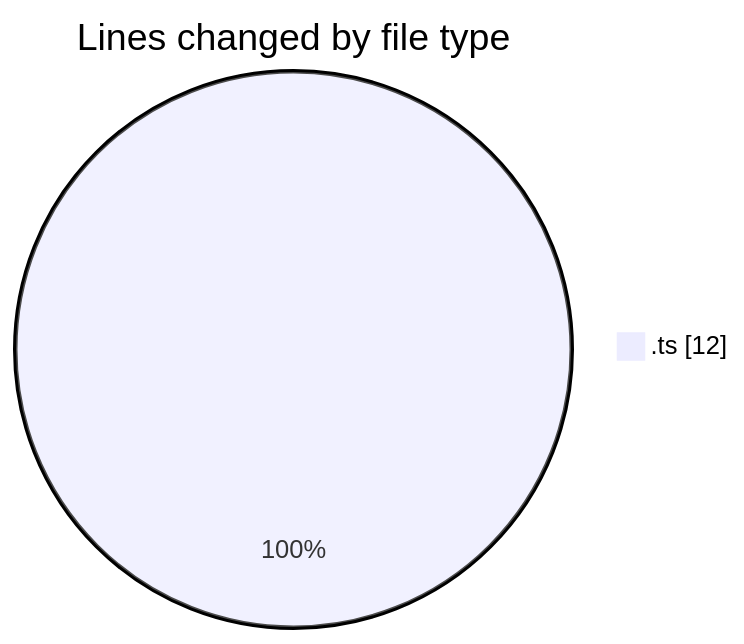
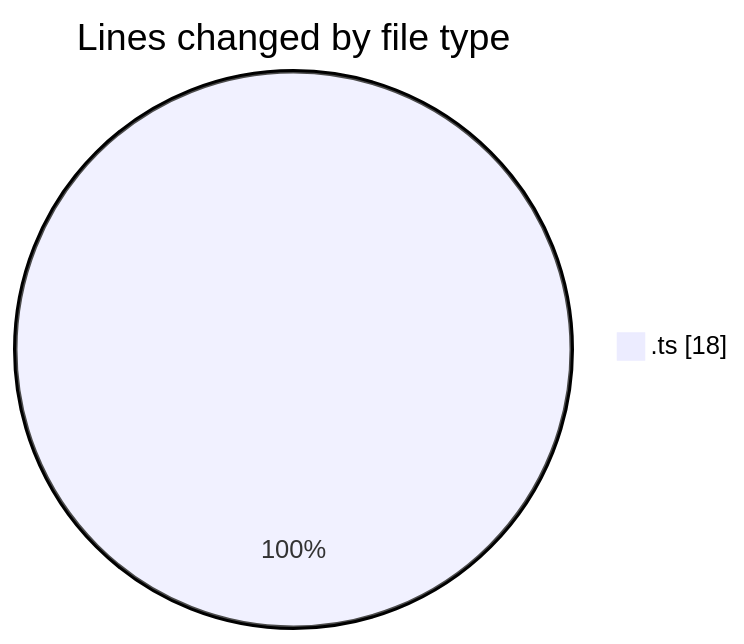
The first of 2 diagrams in 2025-08-08/cda/README.md (momahboobian/code-tracking), drawn with Mermaid before and after one commit. The commit also changed other lines of this file and 1 other file, not shown here.

````diff
--- a/2025-08-08/cda/README.md
+++ b/2025-08-08/cda/README.md
@@ -20,5 +20,5 @@
 ```mermaid
 pie showData
 title Lines changed by file type
-".ts" : 12
+".ts" : 18
 ```
````
